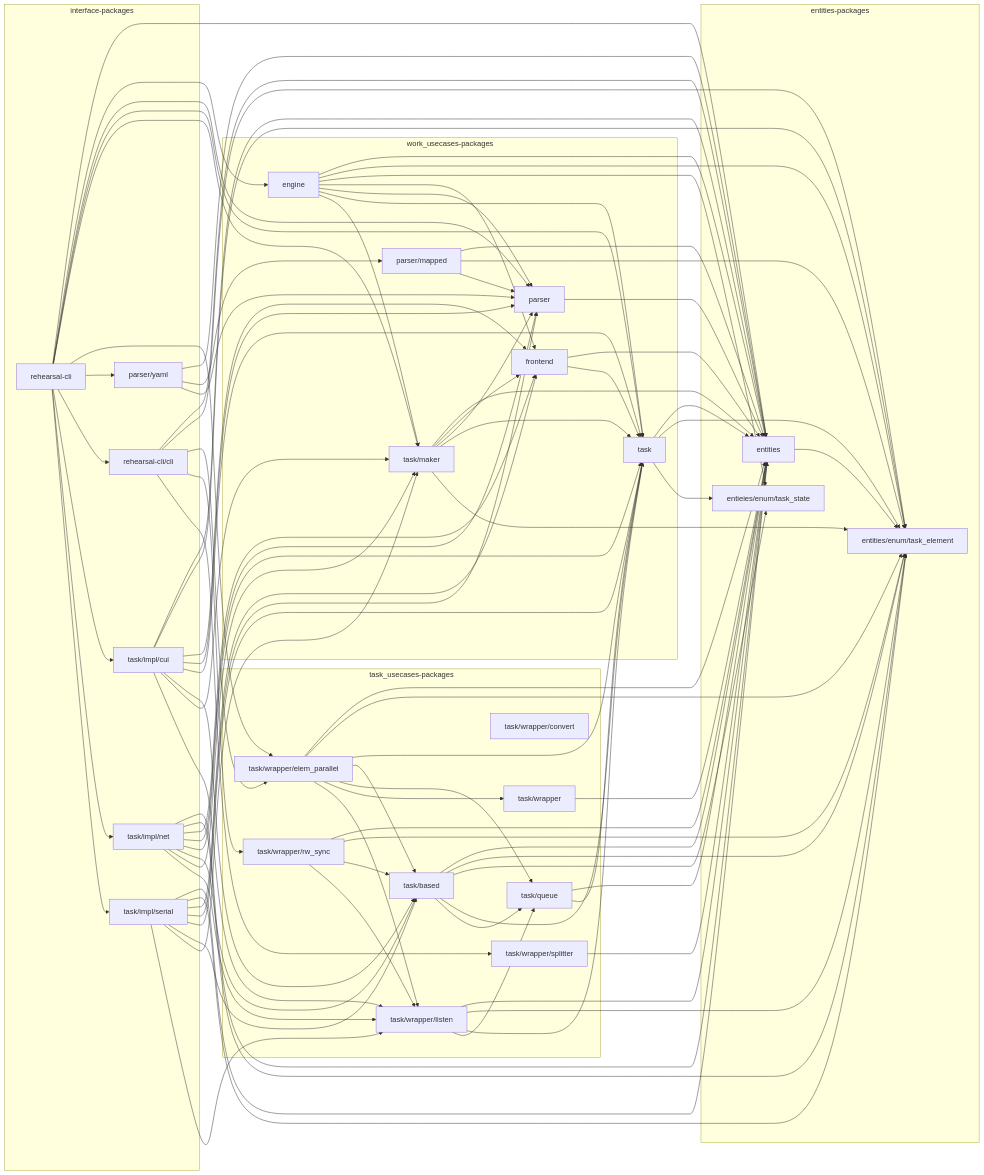
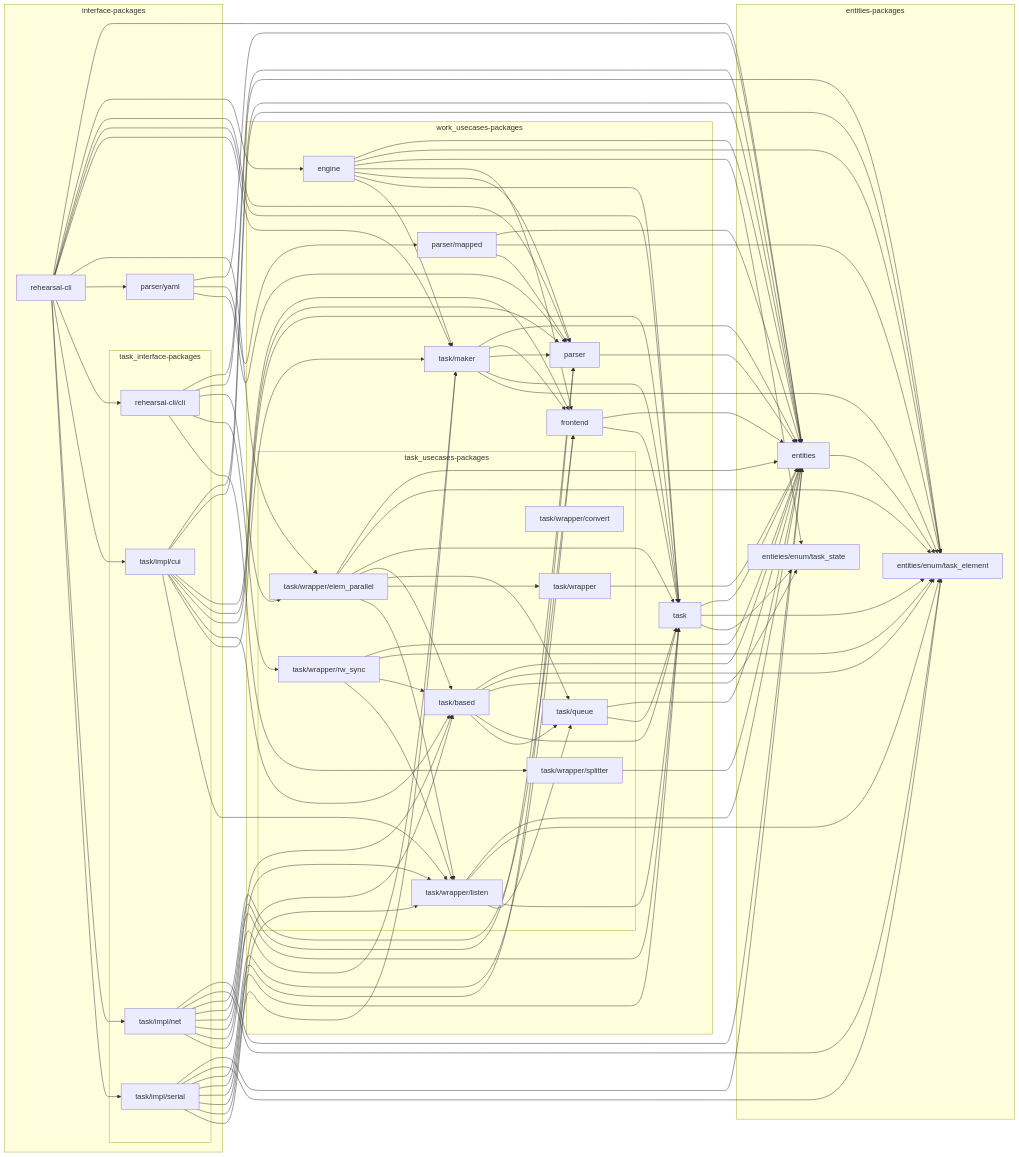
The diagram in readme.md (rehearsal-open/rehearsal), drawn with Mermaid before and after one commit.

Commit message:
ユースケース層の中にタスクのユースケース層を内包するようにする

```diff
--- a/readme.md
+++ b/readme.md
@@ -58,17 +58,6 @@
   task_state[entieies/enum/task_state]
 end
 
-subgraph task_usecases-packages
-  based[task/based]
-  wrapper[task/wrapper]
-  queue[task/queue]
-  convert[task/wrapper/convert]
-  elem_parallel[task/wrapper/elem_parallel]
-  listen[task/wrapper/listen]
-  rw_sync[task/wrapper/rw_sync]
-  splitter[task/wrapper/splitter]
-end
-
 subgraph work_usecases-packages
   parser[parser]
   frontend[frontend]
@@ -76,15 +65,29 @@
   engine[engine]
   mapped[parser/mapped]
   maker[task/maker]
+
+  subgraph task_usecases-packages
+    based[task/based]
+    wrapper[task/wrapper]
+    queue[task/queue]
+    convert[task/wrapper/convert]
+    elem_parallel[task/wrapper/elem_parallel]
+    listen[task/wrapper/listen]
+    rw_sync[task/wrapper/rw_sync]
+    splitter[task/wrapper/splitter]
+  end
+
 end
 
 subgraph interface-packages
   yaml[parser/yaml]
-  cui[task/impl/cui]
-  net[task/impl/net]
-  serial[task/impl/serial]
   main[rehearsal-cli]
-  cli[rehearsal-cli/cli]
+  subgraph task_interface-packages   
+    cui[task/impl/cui]
+    net[task/impl/net]
+    serial[task/impl/serial]
+    cli[rehearsal-cli/cli]
+  end
 end
 
 engine --> entities
```
